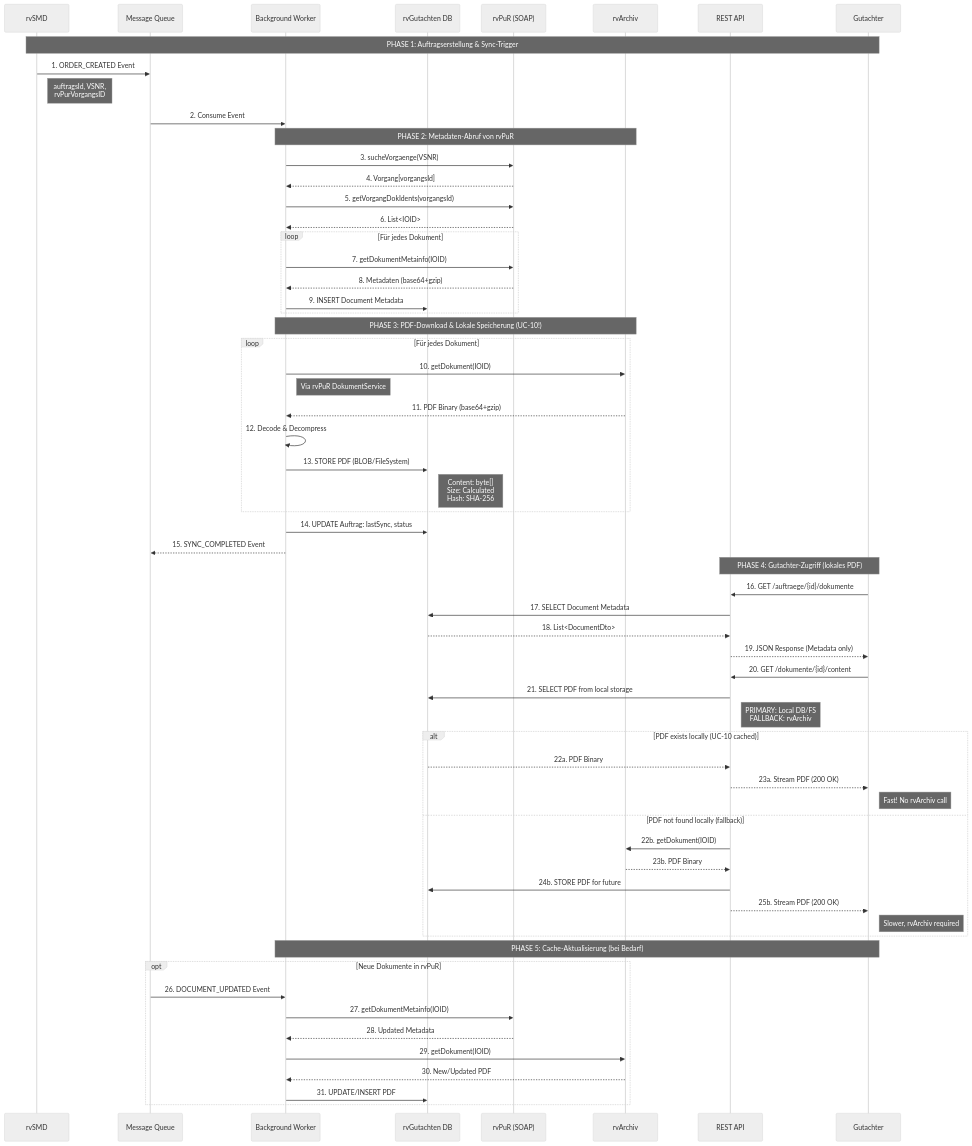
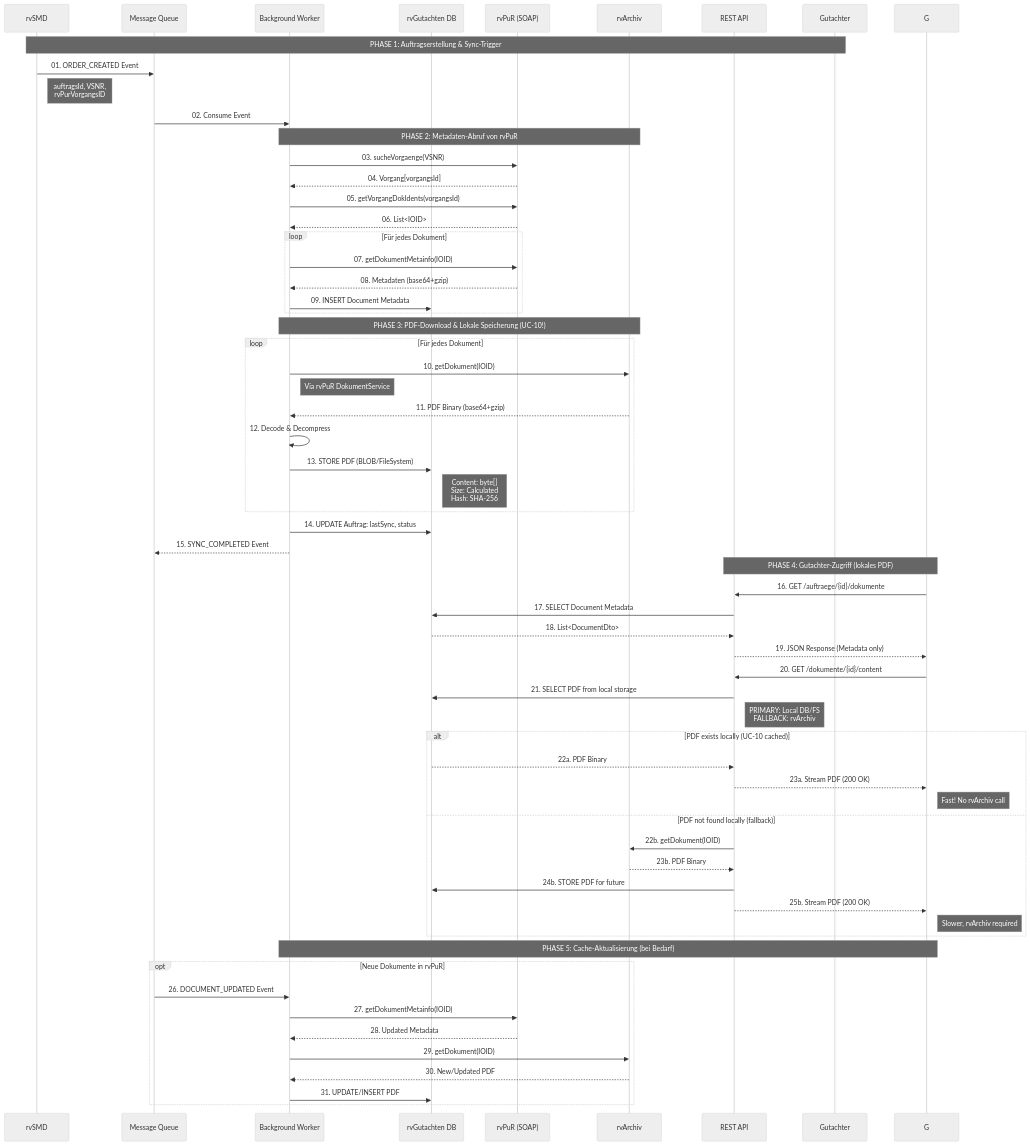
Before and after one commit to megadur/QARvGut: the first of 2 diagrams in docs/UseCases/mermaid/UC-10_Automatisches_PDF_Caching.md, drawn with Mermaid (neutral theme). The commit also changed 11 other files, not shown here.

First line of the commit message:
docs: Standardize participant abbreviations and add leading zeros to all UC diagrams

````diff
--- a/docs/UseCases/mermaid/UC-10_Automatisches_PDF_Caching.md
+++ b/docs/UseCases/mermaid/UC-10_Automatisches_PDF_Caching.md
@@ -22,78 +22,78 @@
 ```mermaid
 sequenceDiagram
-    participant RVS as rvSMD
+    participant SMD as rvSMD
     participant MQ as Message Queue
     participant BG as Background Worker
     participant DB as rvGutachten DB
     participant PUR as rvPuR (SOAP)
     participant ARC as rvArchiv
     participant API as REST API
-    participant G as Gutachter
+    participant GUT as Gutachter
 
-    Note over RVS,G: PHASE 1: Auftragserstellung & Sync-Trigger
+    Note over SMD,GUT: PHASE 1: Auftragserstellung & Sync-Trigger
 
-    RVS->>MQ: 1. ORDER_CREATED Event
-    Note right of RVS: auftragsId, VSNR,<br/>rvPurVorgangsID
-    MQ->>BG: 2. Consume Event
+    SMD->>MQ: 01. ORDER_CREATED Event
+    Note right of SMD: auftragsId, VSNR,<br/>rvPurVorgangsID
+    MQ->>BG: 02. Consume Event
     
     Note over BG,ARC: PHASE 2: Metadaten-Abruf von rvPuR
 
-    BG->>PUR: 3. sucheVorgaenge(VSNR)
-    PUR-->>BG: 4. Vorgang[vorgangsId]
-    BG->>PUR: 5. getVorgangDokIdents(vorgangsId)
-    PUR-->>BG: 6. List<IOID>
+    BG->>PUR: 03. sucheVorgaenge(VSNR)
+    PUR-->>BG: 04. Vorgang[vorgangsId]
+    BG->>PUR: 05. getVorgangDokIdents(vorgangsId)
+    PUR-->>BG: 06. List<IOID>
     
     loop Für jedes Dokument
-        BG->>PUR: 7. getDokumentMetainfo(IOID)
-        PUR-->>BG: 8. Metadaten (base64+gzip)
-        BG->>DB: 9. INSERT Document Metadata
+        BG->>PUR: 07. getDokumentMetainfo(IOID)
+        PUR-->>BG: 08. Metadaten (base64+gzip)
+        BG->>DB: 09. INSERT Document Metadata
     end
 
     Note over BG,ARC: PHASE 3: PDF-Download & Lokale Speicherung (UC-10!)
 
     loop Für jedes Dokument
         BG->>ARC: 10. getDokument(IOID)
         Note right of BG: Via rvPuR DokumentService
         ARC-->>BG: 11. PDF Binary (base64+gzip)
         BG->>BG: 12. Decode & Decompress
         BG->>DB: 13. STORE PDF (BLOB/FileSystem)
         Note right of DB: Content: byte[]<br/>Size: Calculated<br/>Hash: SHA-256
     end
 
     BG->>DB: 14. UPDATE Auftrag: lastSync, status
     BG-->>MQ: 15. SYNC_COMPLETED Event
 
     Note over API,G: PHASE 4: Gutachter-Zugriff (lokales PDF)
 
     G->>API: 16. GET /auftraege/{id}/dokumente
     API->>DB: 17. SELECT Document Metadata
     DB-->>API: 18. List<DocumentDto>
     API-->>G: 19. JSON Response (Metadata only)
 
     G->>API: 20. GET /dokumente/{id}/content
     API->>DB: 21. SELECT PDF from local storage
     Note right of API: PRIMARY: Local DB/FS<br/>FALLBACK: rvArchiv
     
     alt PDF exists locally (UC-10 cached)
         DB-->>API: 22a. PDF Binary
         API-->>G: 23a. Stream PDF (200 OK)
         Note right of G: Fast! No rvArchiv call
     else PDF not found locally (fallback)
         API->>ARC: 22b. getDokument(IOID)
         ARC-->>API: 23b. PDF Binary
         API->>DB: 24b. STORE PDF for future
         API-->>G: 25b. Stream PDF (200 OK)
         Note right of G: Slower, rvArchiv required
     end
 
     Note over BG,G: PHASE 5: Cache-Aktualisierung (bei Bedarf)
 
     opt Neue Dokumente in rvPuR
         MQ->>BG: 26. DOCUMENT_UPDATED Event
         BG->>PUR: 27. getDokumentMetainfo(IOID)
         PUR-->>BG: 28. Updated Metadata
         BG->>ARC: 29. getDokument(IOID)
         ARC-->>BG: 30. New/Updated PDF
         BG->>DB: 31. UPDATE/INSERT PDF
     end
 ```
````
